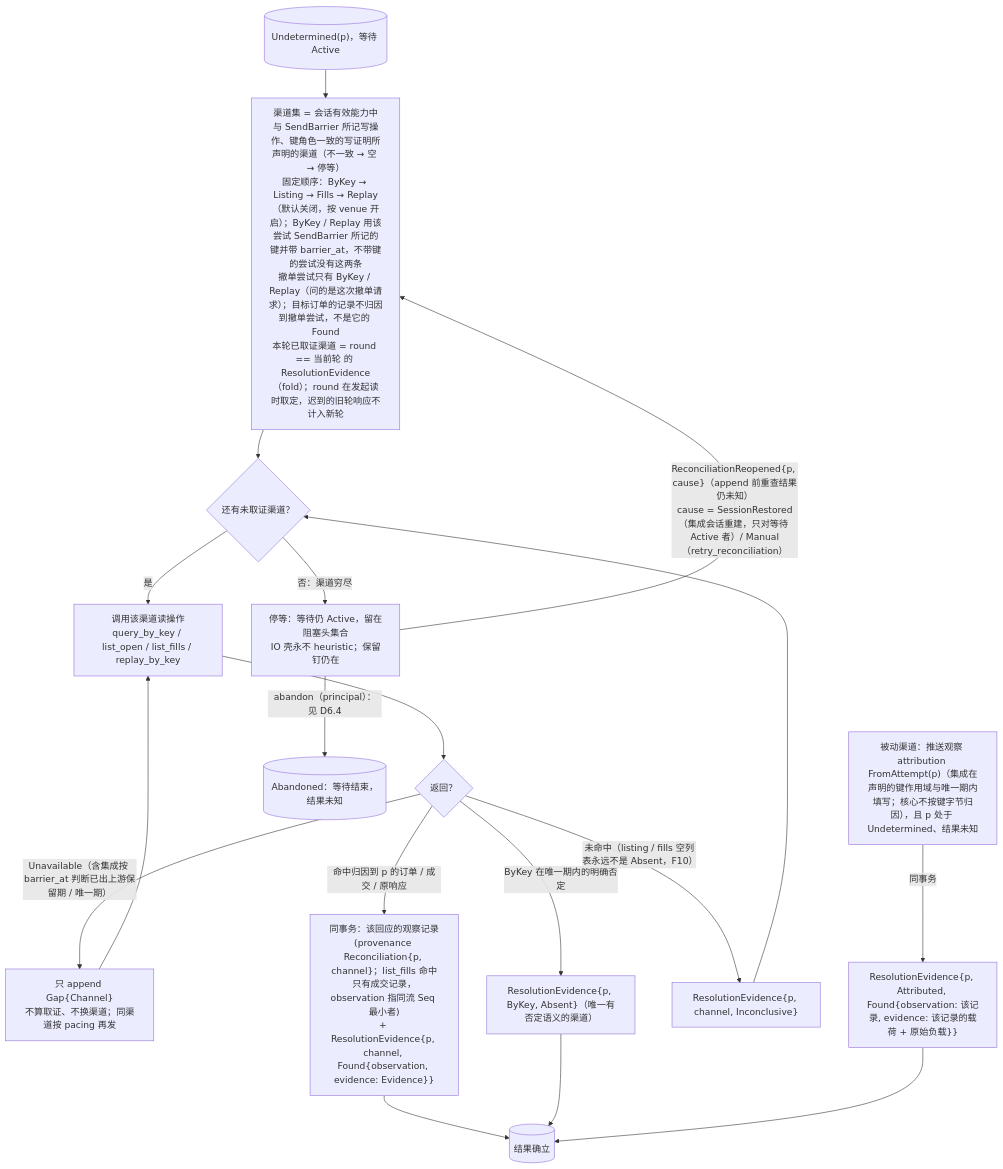
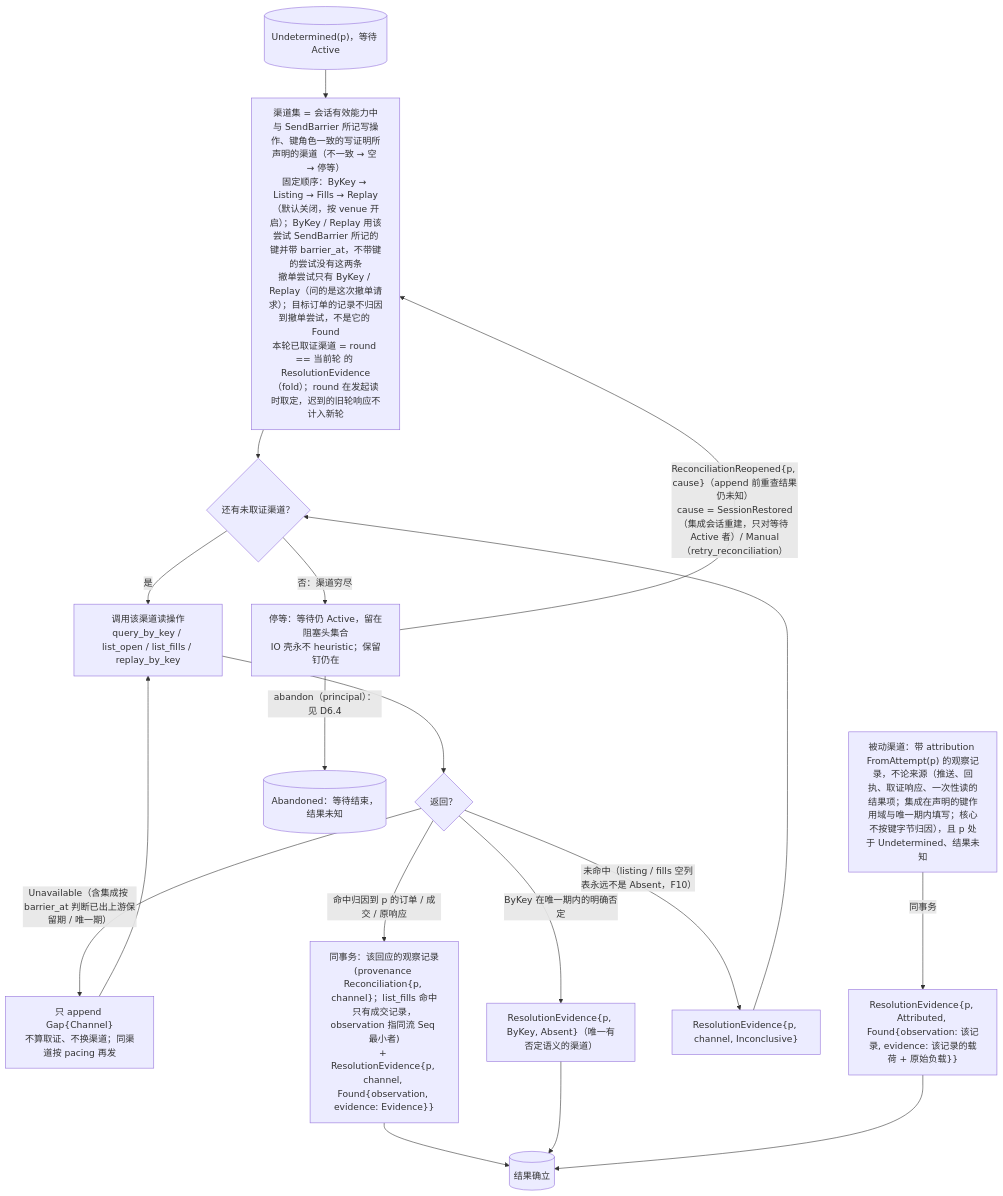
The second of 7 diagrams in design/diagrams/06-io-shell-attempt.md (mouriya-s-lab/uta), drawn with Mermaid before and after one commit. The commit also changed other lines of this file and 10 other files, not shown here.

````diff
--- a/design/diagrams/06-io-shell-attempt.md
+++ b/design/diagrams/06-io-shell-attempt.md
@@ -58,21 +58,21 @@
 ```mermaid
 flowchart TB
   UD[("Undetermined(p)，等待 Active")]
   UD --> CH0["渠道集 = 会话有效能力中与 SendBarrier 所记写操作、键角色一致的写证明所声明的渠道（不一致 → 空 → 停等）<br/>固定顺序：ByKey → Listing → Fills → Replay（默认关闭，按 venue 开启）；ByKey / Replay 用该尝试 SendBarrier 所记的键并带 barrier_at，不带键的尝试没有这两条<br/>撤单尝试只有 ByKey / Replay（问的是这次撤单请求）；目标订单的记录不归因到撤单尝试，不是它的 Found<br/>本轮已取证渠道 = round == 当前轮 的 ResolutionEvidence（fold）；round 在发起读时取定，迟到的旧轮响应不计入新轮"]
   CH0 --> NEXT{"还有未取证渠道？"}
   NEXT -->|"是"| CALL["调用该渠道读操作<br/>query_by_key / list_open / list_fills / replay_by_key"]
   CALL --> RES{"返回？"}
   RES -->|"Unavailable（含集成按 barrier_at 判断已出上游保留期 / 唯一期）"| GAP["只 append Gap{Channel}<br/>不算取证、不换渠道；同渠道按 pacing 再发"]
   GAP --> CALL
   RES -->|"命中归因到 p 的订单 / 成交 / 原响应"| FOUND["同事务：该回应的观察记录(provenance Reconciliation{p, channel}；list_fills 命中只有成交记录，observation 指同流 Seq 最小者)<br/>+ ResolutionEvidence{p, channel, Found{observation, evidence: Evidence}}"]
   RES -->|"ByKey 在唯一期内的明确否定"| ABS["ResolutionEvidence{p, ByKey, Absent}（唯一有否定语义的渠道）"]
   RES -->|"未命中（listing / fills 空列表永远不是 Absent，F10）"| INC["ResolutionEvidence{p, channel, Inconclusive}"]
   INC --> NEXT
   NEXT -->|"否：渠道穷尽"| WAIT["停等：等待仍 Active，留在阻塞头集合<br/>IO 壳永不 heuristic；保留钉仍在"]
   WAIT -->|"ReconciliationReopened{p, cause}（append 前重查结果仍未知）<br/>cause = SessionRestored（集成会话重建，只对等待 Active 者）/ Manual（retry_reconciliation）"| CH0
   WAIT -->|"abandon（principal）：见 D6.4"| AB[("Abandoned：等待结束，结果未知")]
-  ATTR["被动渠道：推送观察 attribution FromAttempt(p)（集成在声明的键作用域与唯一期内填写；核心不按键字节归因），且 p 处于 Undetermined、结果未知"] -->|"同事务"| ATT["ResolutionEvidence{p, Attributed, Found{observation: 该记录, evidence: 该记录的载荷 + 原始负载}}"]
+  ATTR["被动渠道：带 attribution FromAttempt(p) 的观察记录，不论来源（推送、回执、取证响应、一次性读的结果项；集成在声明的键作用域与唯一期内填写；核心不按键字节归因），且 p 处于 Undetermined、结果未知"] -->|"同事务"| ATT["ResolutionEvidence{p, Attributed, Found{observation: 该记录, evidence: 该记录的载荷 + 原始负载}}"]
   FOUND --> RS[("结果确立")]
   ABS --> RS
   ATT --> RS
 ```
````
